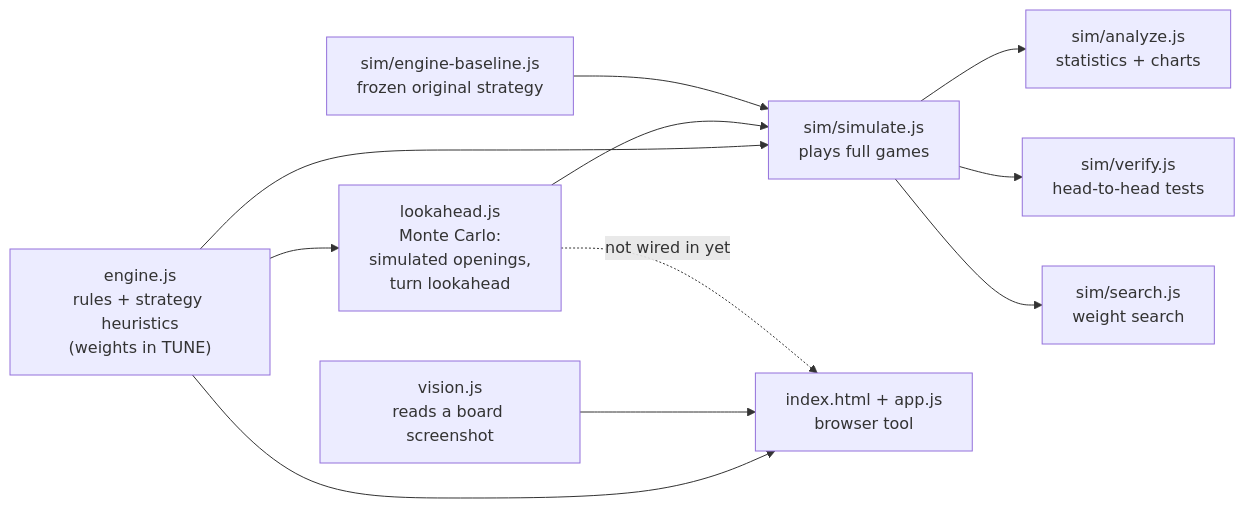
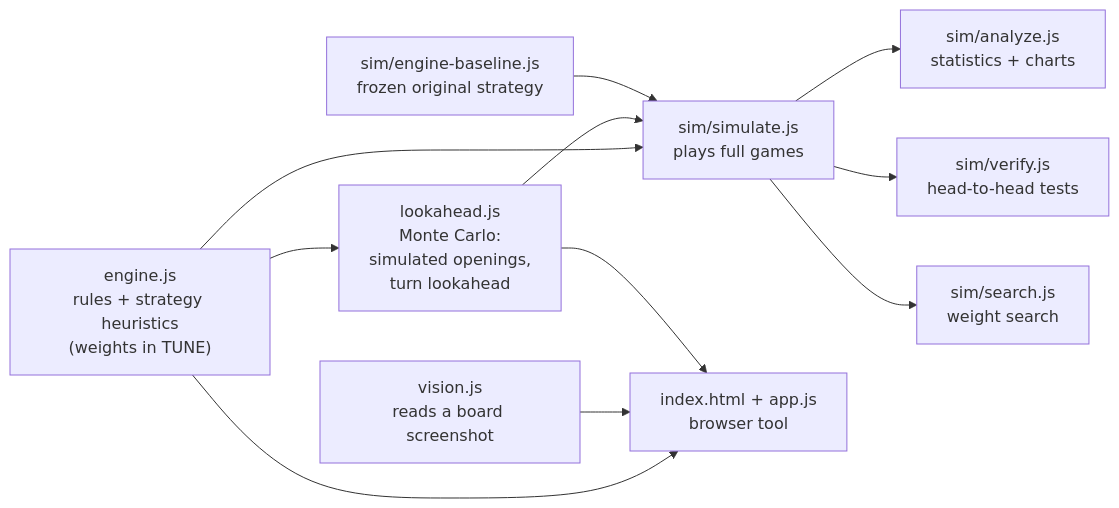
The first of 3 diagrams in README.md (martha889/catan-advisor), drawn with Mermaid before and after one commit. The commit also changed other lines of this file and 3 other files, not shown here.

````diff
--- a/README.md
+++ b/README.md
@@ -93,13 +93,13 @@
 ```mermaid
 flowchart LR
   E["engine.js<br/>rules + strategy heuristics<br/>(weights in TUNE)"] --> LA["lookahead.js<br/>Monte Carlo:<br/>simulated openings,<br/>turn lookahead"]
   E --> SIM["sim/simulate.js<br/>plays full games"]
   LA --> SIM
   BASE["sim/engine-baseline.js<br/>frozen original strategy"] --> SIM
   SIM --> AN["sim/analyze.js<br/>statistics + charts"]
   SIM --> VER["sim/verify.js<br/>head-to-head tests"]
   SIM --> SRCH["sim/search.js<br/>weight search"]
   E --> APP["index.html + app.js<br/>browser tool"]
   VIS["vision.js<br/>reads a board screenshot"] --> APP
-  LA -.->|"not wired in yet"| APP
+  LA --> APP
 ```
````
